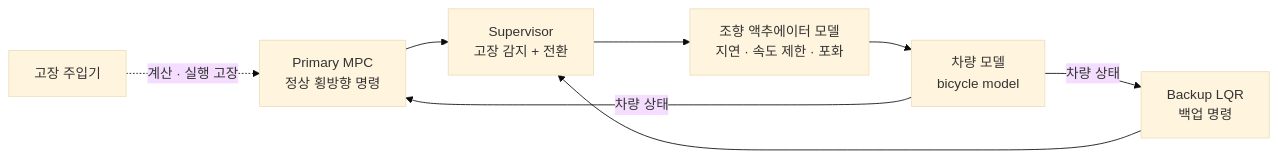
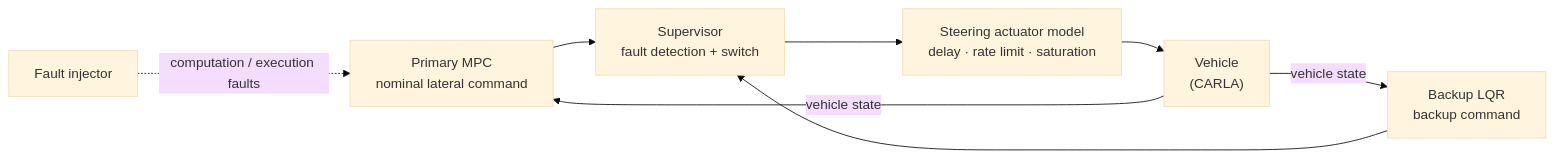
The first of 2 diagrams in README.md (yoonju04/SIL_HACKATHON), drawn with Mermaid (base theme) before and after one commit. The commit also changed other lines of this file and 9 other files, not shown here.

Commit message:
README and front docs in English: redrawn pipeline (stages 00-10 of run.py), headline results of result_12 + boundary analysis, fault criticality chart, CARLA video GIF previews linking the MP4s; translate ARCHITECTURE, RESEARCH, pipeline/README

````diff
--- a/README.md
+++ b/README.md
@@ -35,10 +114,10 @@
 ```mermaid
 flowchart LR
-    FI["고장 주입기"] -. "계산 · 실행 고장" .-> MPC
-    MPC["Primary MPC<br/>정상 횡방향 명령"] --> SUP["Supervisor<br/>고장 감지 + 전환"]
-    LQR["Backup LQR<br/>백업 명령"] --> SUP
-    SUP --> ACT["조향 액추에이터 모델<br/>지연 · 속도 제한 · 포화"]
-    ACT --> VEH["차량 모델<br/>bicycle model"]
-    VEH -- "차량 상태" --> MPC
-    VEH -- "차량 상태" --> LQR
+    FI["Fault injector"] -. "computation / execution faults" .-> MPC
+    MPC["Primary MPC<br/>nominal lateral command"] --> SUP["Supervisor<br/>fault detection + switch"]
+    LQR["Backup LQR<br/>backup command"] --> SUP
+    SUP --> ACT["Steering actuator model<br/>delay · rate limit · saturation"]
+    ACT --> VEH["Vehicle<br/>(CARLA)"]
+    VEH -- "vehicle state" --> MPC
+    VEH -- "vehicle state" --> LQR
 ```
````
